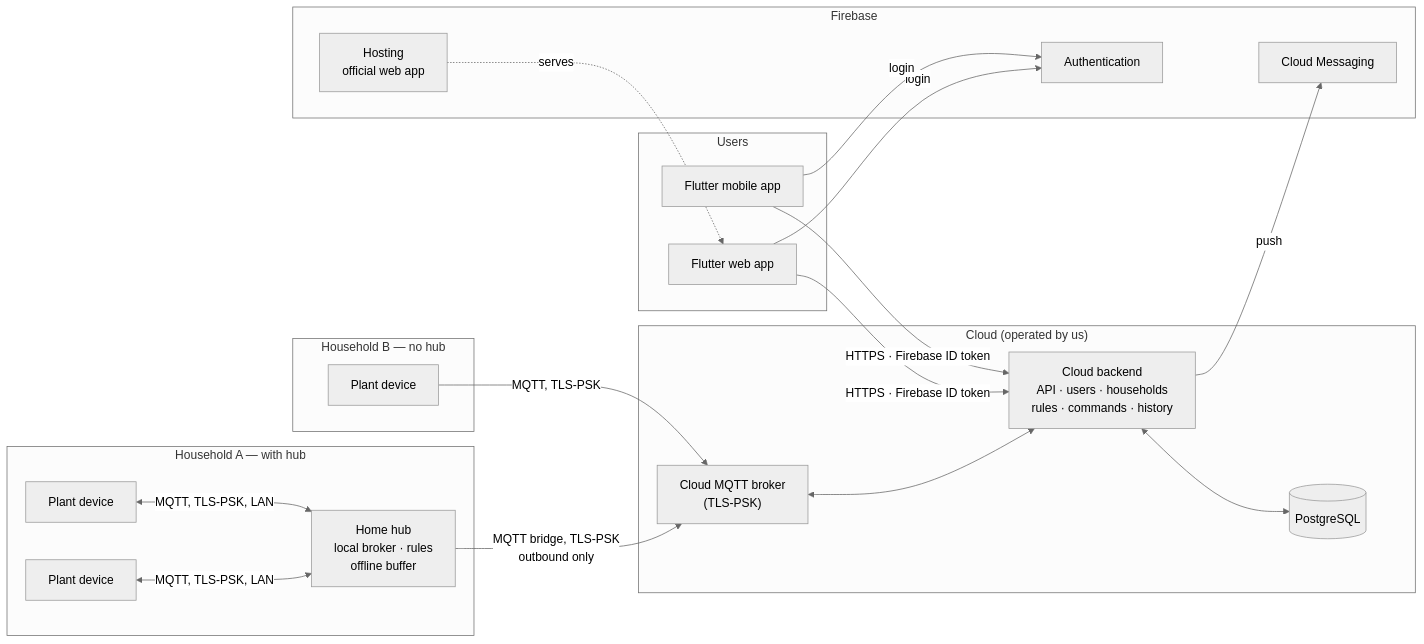
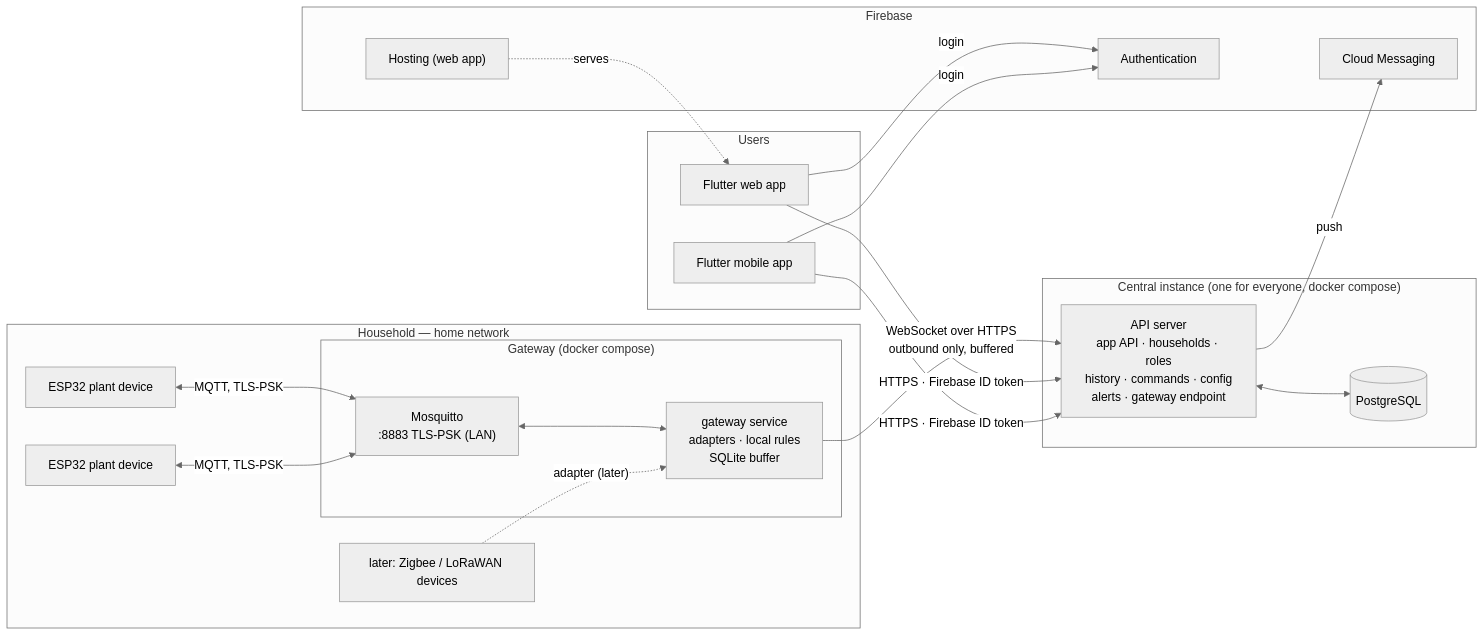
One commit to Hansom17/MoistureController changed the first of 13 diagrams in PROJECT.md. Above: the diagram before and after it, drawn with Mermaid (neutral theme). The commit also changed other lines of this file and 86 other files, not shown here.

First line of the commit message:
Switch plans to gateway + central API (v2) and remove obsolete v1 code

````diff
--- a/PROJECT.md
+++ b/PROJECT.md
@@ -40,39 +43,38 @@
 ```mermaid
 flowchart LR
-    subgraph HomeA["Household A — with hub"]
-        DA1["Plant device"]
-        DA2["Plant device"]
-        HUB["Home hub<br/>local broker · rules<br/>offline buffer"]
-        DA1 & DA2 <-- "MQTT, TLS-PSK, LAN" --> HUB
+    subgraph Home["Household — home network"]
+        D1["ESP32 plant device"]
+        D2["ESP32 plant device"]
+        Z["later: Zigbee / LoRaWAN devices"]
+        subgraph GW["Gateway (docker compose)"]
+            MQ["Mosquitto<br/>:8883 TLS-PSK (LAN)"]
+            GS["gateway service<br/>adapters · local rules<br/>SQLite buffer"]
+            MQ <--> GS
+        end
+        D1 & D2 <-- "MQTT, TLS-PSK" --> MQ
+        Z -. "adapter (later)" .-> GS
     end
 
-    subgraph HomeB["Household B — no hub"]
-        DB1["Plant device"]
-    end
-
-    subgraph Cloud["Cloud (operated by us)"]
-        CB["Cloud MQTT broker<br/>(TLS-PSK)"]
-        API["Cloud backend<br/>API · users · households<br/>rules · commands · history"]
+    subgraph Central["Central instance (one for everyone, docker compose)"]
+        API["API server<br/>app API · households · roles<br/>history · commands · config<br/>alerts · gateway endpoint"]
         DB[("PostgreSQL")]
+        API <--> DB
     end
 
     subgraph FB["Firebase"]
         AUTH["Authentication"]
         FCM["Cloud Messaging"]
-        HOST["Hosting<br/>official web app"]
+        HOST["Hosting (web app)"]
     end
 
     subgraph Users["Users"]
         W["Flutter web app"]
         M["Flutter mobile app"]
     end
 
-    HUB -- "MQTT bridge, TLS-PSK<br/>outbound only" --> CB
-    DB1 -- "MQTT, TLS-PSK" --> CB
-    CB <--> API
-    API <--> DB
+    GS -- "WebSocket over HTTPS<br/>outbound only, buffered" --> API
     W & M -- "HTTPS · Firebase ID token" --> API
     W & M -- "login" --> AUTH
     API -- "push" --> FCM
     HOST -. "serves" .-> W
 ```
````
